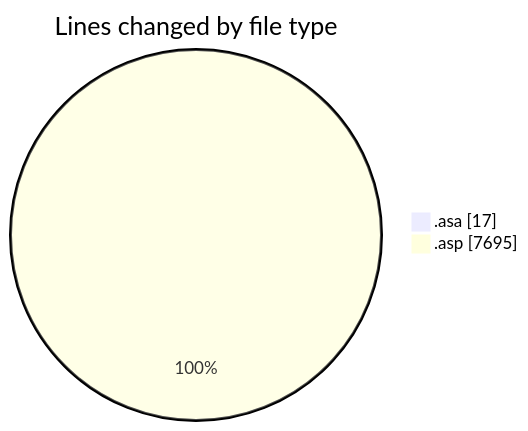
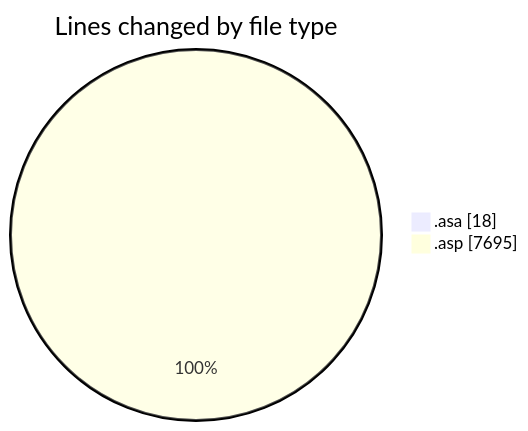
The first of 2 diagrams in 2025-11-06/usr_aleoudev_fr__workspace_/README.md (julien-gomy/code-tracking), drawn with Mermaid before and after one commit. The commit also changed other lines of this file and 1 other file, not shown here.

````diff
--- a/2025-11-06/usr_aleoudev_fr__workspace_/README.md
+++ b/2025-11-06/usr_aleoudev_fr__workspace_/README.md
@@ -24,6 +24,6 @@
 ```mermaid
 pie showData
 title Lines changed by file type
-".asa" : 17
+".asa" : 18
 ".asp" : 7695
 ```
````
